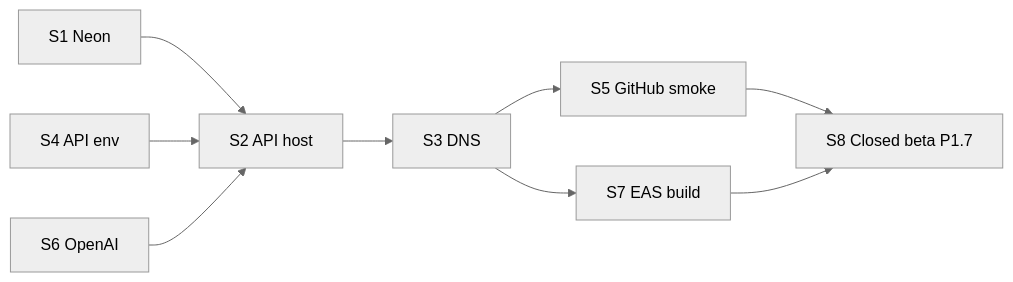
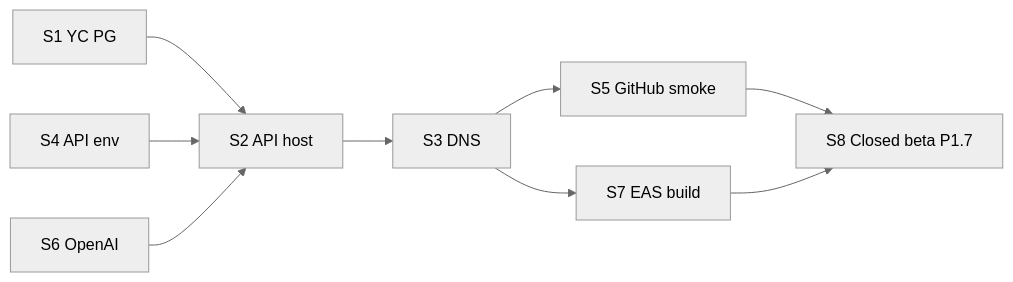
Before and after one commit to zuevfoton-art/AllerGuide: the second of 2 diagrams in docs/staging-infrastructure-plan.md, drawn with Mermaid (neutral theme). The commit also changed other lines of this file and 23 other files, not shown here.

````diff
--- a/docs/staging-infrastructure-plan.md
+++ b/docs/staging-infrastructure-plan.md
@@ -96,11 +96,11 @@
 ```mermaid
 flowchart LR
-  S1[S1 Neon] --> S2[S2 API host]
+  S1[S1 YC PG] --> S2[S2 API host]
   S2 --> S3[S3 DNS]
   S4[S4 API env] --> S2
   S6[S6 OpenAI] --> S2
   S3 --> S5[S5 GitHub smoke]
   S3 --> S7[S7 EAS build]
   S5 --> S8[S8 Closed beta P1.7]
   S7 --> S8
 ```
````
